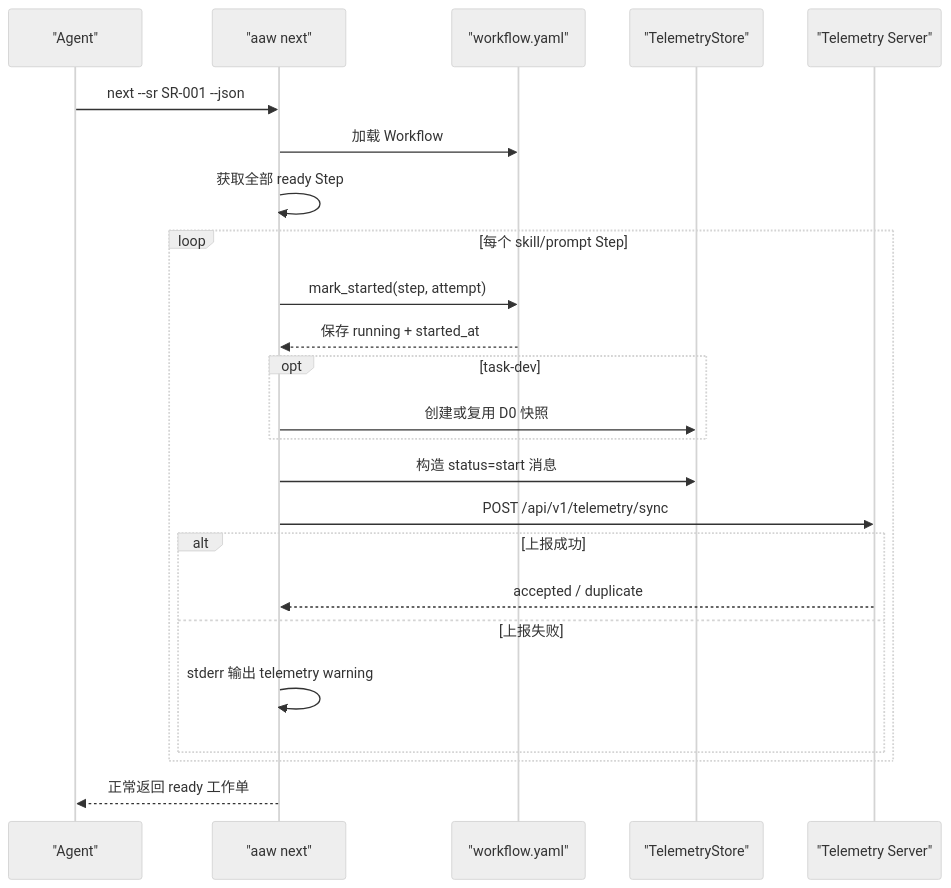
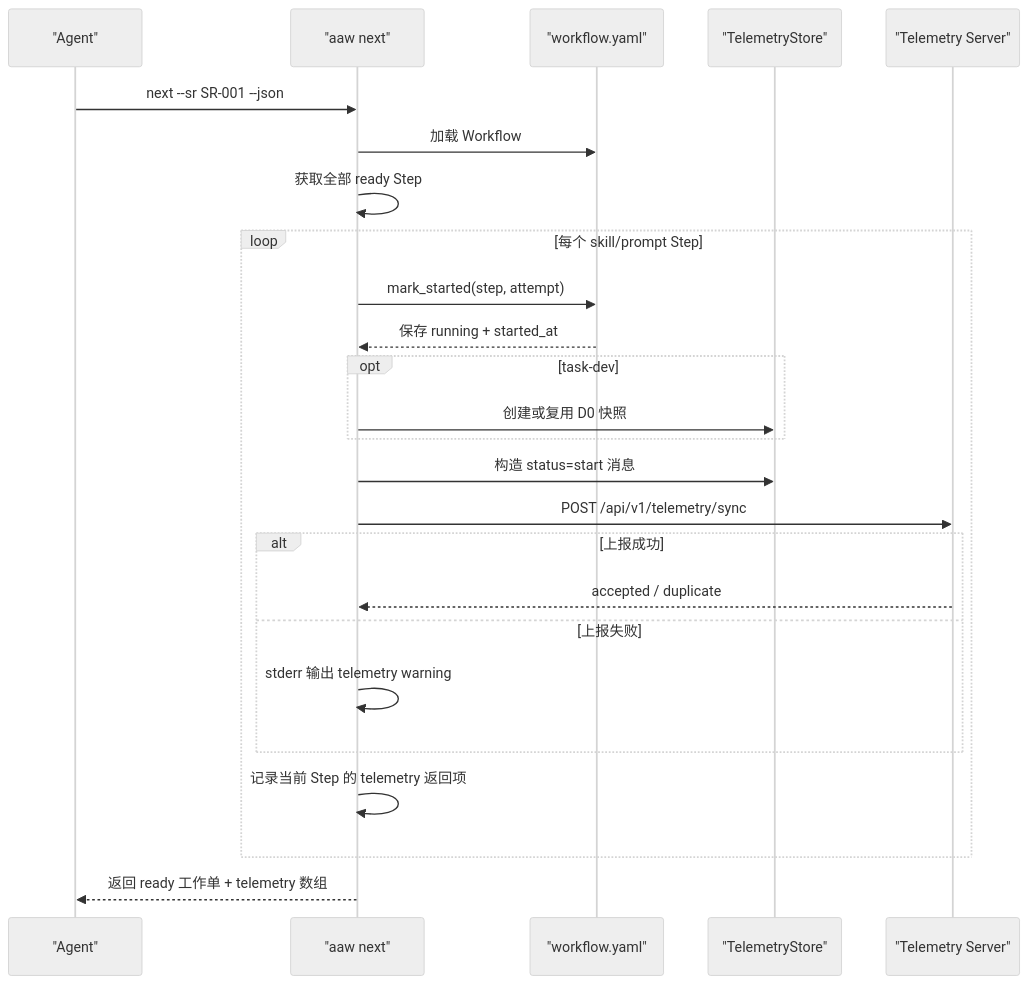
Before and after one commit to Ddfang-sdf/Awesome-Agent-Workflow: the second of 4 diagrams in docs/telemetry-api-contract.md, drawn with Mermaid (neutral theme). The commit also changed other lines of this file and 4 other files, not shown here.

Commit message:
feat: improve CLI telemetry reporting

````diff
--- a/docs/telemetry-api-contract.md
+++ b/docs/telemetry-api-contract.md
@@ -107,27 +107,28 @@
 ```mermaid
 sequenceDiagram
     participant Agent as "Agent"
     participant CLI as "aaw next"
     participant WF as "workflow.yaml"
     participant Store as "TelemetryStore"
     participant Server as "Telemetry Server"
 
     Agent->>CLI: next --sr SR-001 --json
     CLI->>WF: 加载 Workflow
     CLI->>CLI: 获取全部 ready Step
     loop 每个 skill/prompt Step
         CLI->>WF: mark_started(step, attempt)
         WF-->>CLI: 保存 running + started_at
         opt task-dev
             CLI->>Store: 创建或复用 D0 快照
         end
         CLI->>Store: 构造 status=start 消息
         CLI->>Server: POST /api/v1/telemetry/sync
         alt 上报成功
             Server-->>CLI: accepted / duplicate
         else 上报失败
             CLI->>CLI: stderr 输出 telemetry warning
         end
+        CLI->>CLI: 记录当前 Step 的 telemetry 返回项
     end
-    CLI-->>Agent: 正常返回 ready 工作单
+    CLI-->>Agent: 返回 ready 工作单 + telemetry 数组
 ```
````
